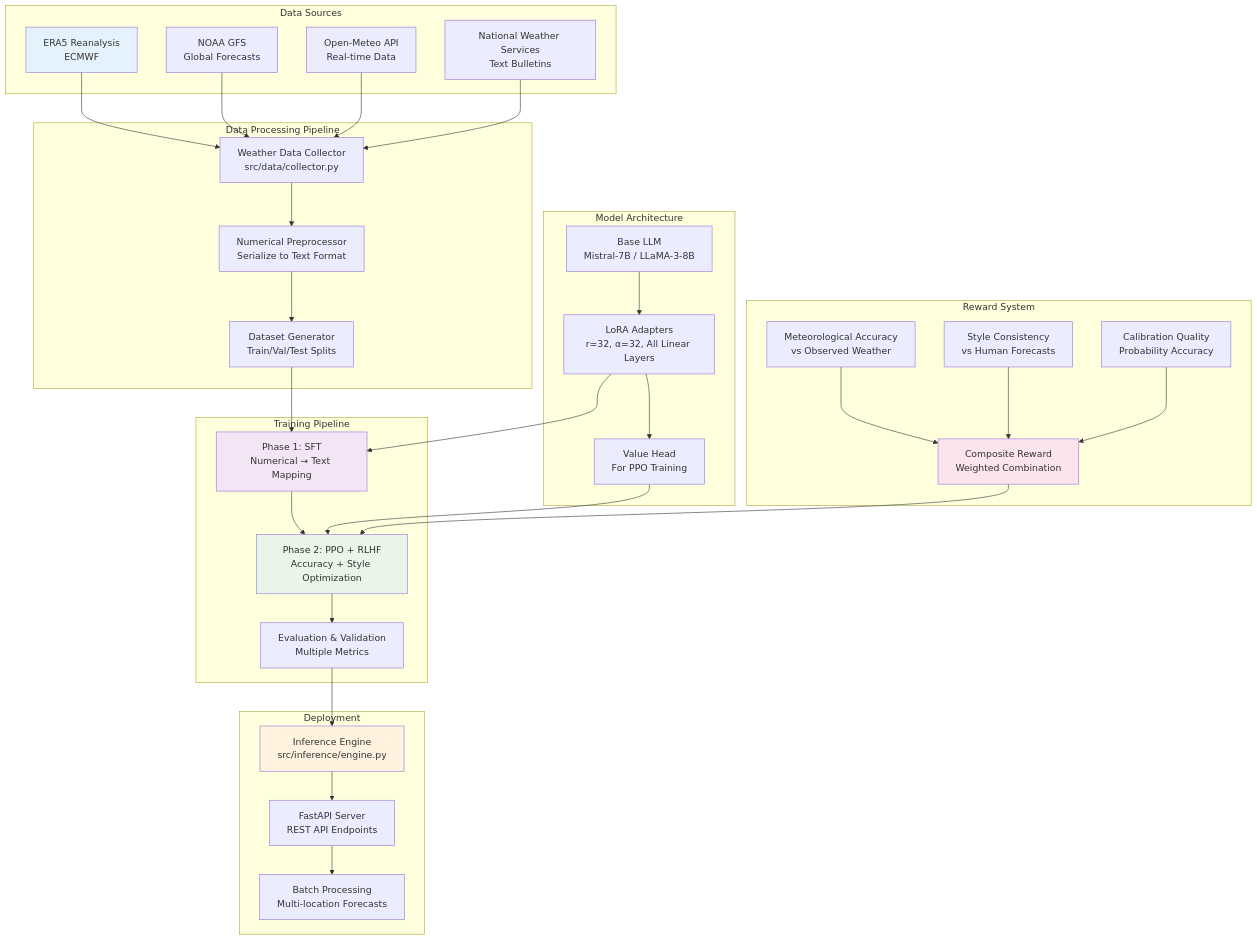
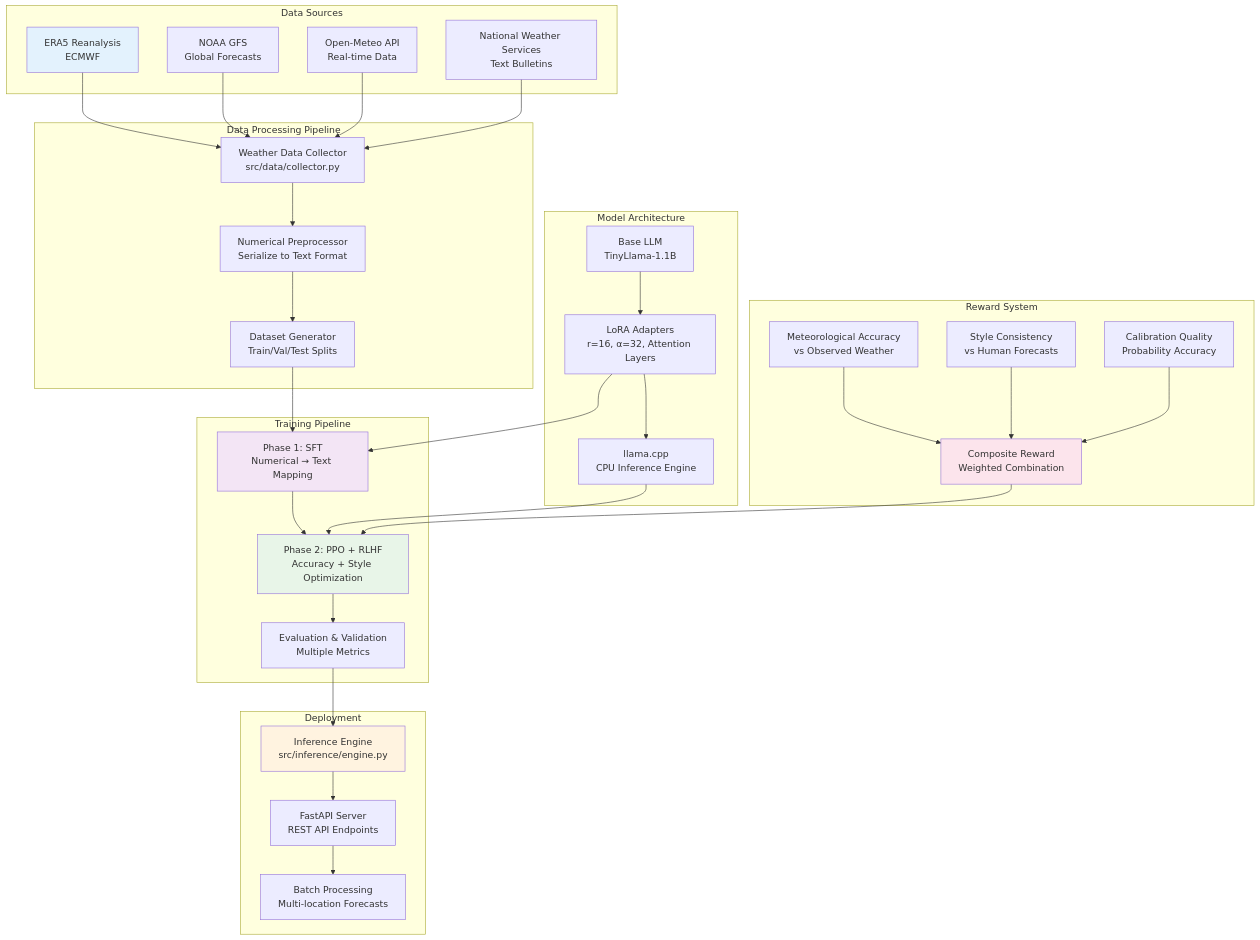
Before and after one commit to ashioyajotham/weather_forecasting_lora: the first of 3 diagrams in README.md, drawn with Mermaid. The commit also changed other lines of this file, not shown here.

Commit message:
Switch to TinyLlama PEFT training for CPU

````diff
--- a/README.md
+++ b/README.md
@@ -40,63 +41,63 @@
 ```mermaid
 flowchart TD
     subgraph "Data Sources"
         A1[ERA5 Reanalysis<br/>ECMWF] 
         A2[NOAA GFS<br/>Global Forecasts]
         A3[Open-Meteo API<br/>Real-time Data]
         A4[National Weather Services<br/>Text Bulletins]
     end
     
     subgraph "Data Processing Pipeline"
         B1[Weather Data Collector<br/>src/data/collector.py]
         B2[Numerical Preprocessor<br/>Serialize to Text Format]
         B3[Dataset Generator<br/>Train/Val/Test Splits]
     end
     
     subgraph "Model Architecture"
-        C1[Base LLM<br/>Mistral-7B / LLaMA-3-8B]
-        C2[LoRA Adapters<br/>r=32, α=32, All Linear Layers]
-        C3[Value Head<br/>For PPO Training]
+        C1[Base LLM<br/>TinyLlama-1.1B]
+        C2[LoRA Adapters<br/>r=16, α=32, Attention Layers]
+        C3[llama.cpp<br/>CPU Inference Engine]
     end
     
     subgraph "Training Pipeline"
         D1[Phase 1: SFT<br/>Numerical → Text Mapping]
         D2[Phase 2: PPO + RLHF<br/>Accuracy + Style Optimization]
         D3[Evaluation & Validation<br/>Multiple Metrics]
     end
     
     subgraph "Reward System"
         E1[Meteorological Accuracy<br/>vs Observed Weather]
         E2[Style Consistency<br/>vs Human Forecasts]
         E3[Calibration Quality<br/>Probability Accuracy]
         E4[Composite Reward<br/>Weighted Combination]
     end
     
     subgraph "Deployment"
         F1[Inference Engine<br/>src/inference/engine.py]
         F2[FastAPI Server<br/>REST API Endpoints]
         F3[Batch Processing<br/>Multi-location Forecasts]
     end
     
     A1 & A2 & A3 & A4 --> B1
     B1 --> B2 --> B3
     B3 --> D1
     
     C1 --> C2
     C2 --> D1
     D1 --> D2
     C2 --> C3
     C3 --> D2
     
     E1 & E2 & E3 --> E4
     E4 --> D2
     
     D2 --> D3
     D3 --> F1
     F1 --> F2 --> F3
     
     style A1 fill:#e3f2fd
     style D1 fill:#f3e5f5
     style D2 fill:#e8f5e8
     style F1 fill:#fff3e0
     style E4 fill:#fce4ec
 ```
````
